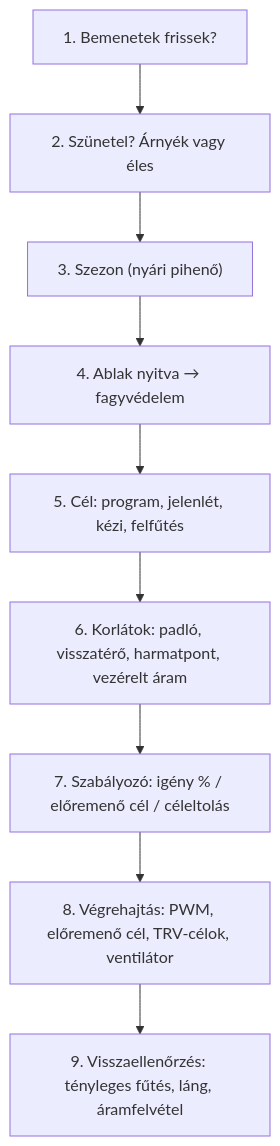
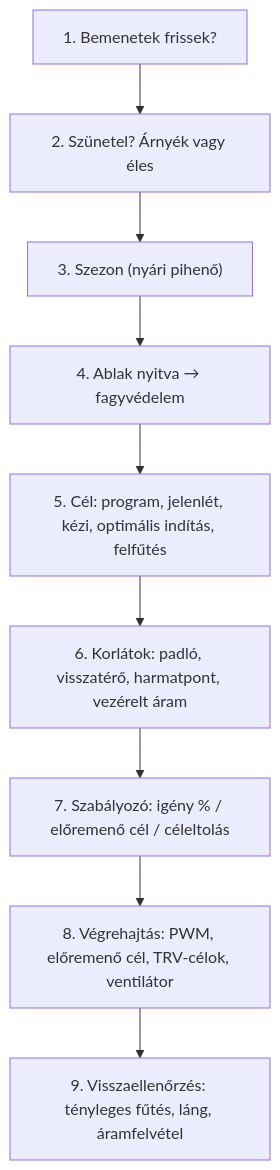
The second of 2 diagrams in DECISION_CHAIN.hu.md (Gyuszko55/hc-thermostat), drawn with Mermaid before and after one commit. The commit also changed 37 other files, not shown here.

````diff
--- a/DECISION_CHAIN.hu.md
+++ b/DECISION_CHAIN.hu.md
@@ -17,12 +17,12 @@
 ```mermaid
 flowchart TD
   N1["1. Bemenetek frissek?"] --> N2
   N2["2. Szünetel? Árnyék vagy éles"] --> N3
   N3["3. Szezon (nyári pihenő)"] --> N4
   N4["4. Ablak nyitva → fagyvédelem"] --> N5
-  N5["5. Cél: program, jelenlét, kézi, felfűtés"] --> N6
+  N5["5. Cél: program, jelenlét, kézi, optimális indítás, felfűtés"] --> N6
   N6["6. Korlátok: padló, visszatérő, harmatpont, vezérelt áram"] --> N7
   N7["7. Szabályozó: igény % / előremenő cél / céleltolás"] --> N8
   N8["8. Végrehajtás: PWM, előremenő cél, TRV-célok, ventilátor"] --> N9
   N9["9. Visszaellenőrzés: tényleges fűtés, láng, áramfelvétel"]
 ```
````
